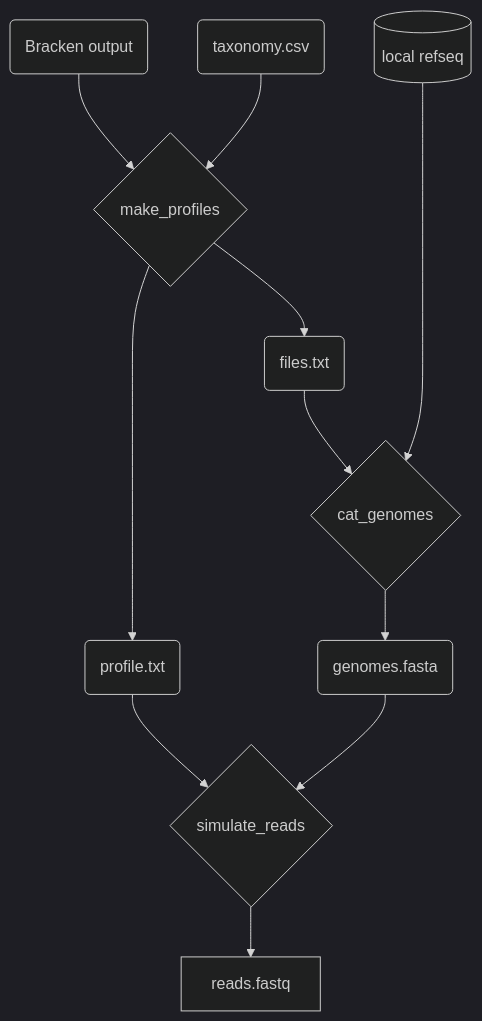
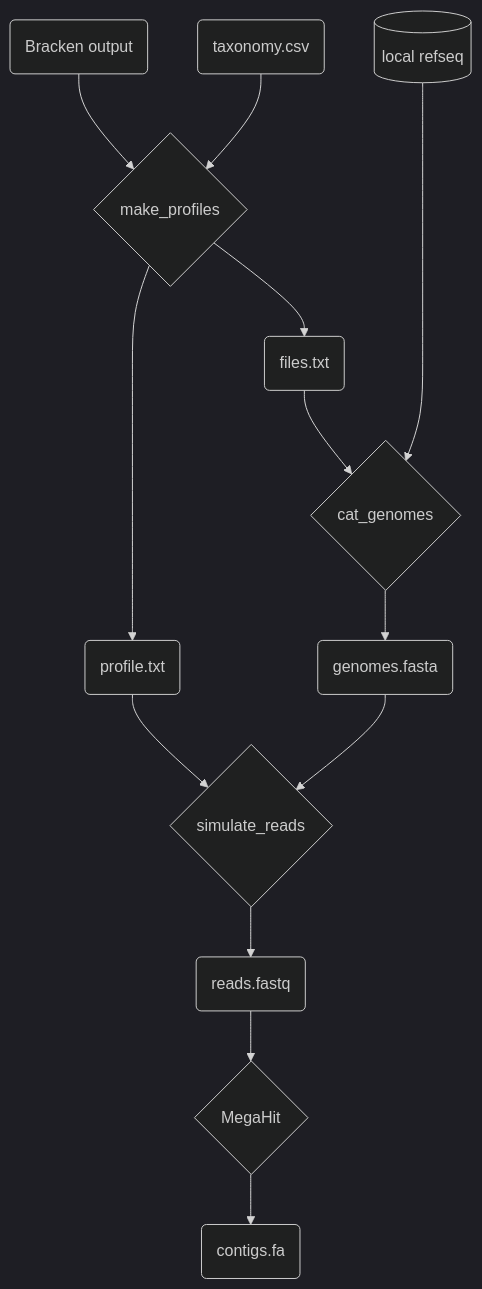
One commit to hurwitzlab/phage_detection_benchmarks changed the diagram in src/simulate_reads/README.md. Above: the diagram before and after it, drawn with Mermaid (dark theme).

Commit message:
add more steps to chart

````diff
--- a/src/simulate_reads/README.md
+++ b/src/simulate_reads/README.md
@@ -11,16 +11,18 @@
 ```mermaid
 graph TD
     input(Bracken output) --> profiler{make_profiles};
     taxa(taxonomy.csv) --> profiler;
     profiler --> profile(profile.txt);
     profiler --> globs(files.txt);
     refseq[(local refseq)];
     cat{cat_genomes};
     globs --> cat;
     refseq ----> cat;
     cat --> genomes(genomes.fasta);
     iss{simulate_reads};
     profile --> iss;
     genomes --> iss;
-    iss --> reads.fastq
+    iss --> reads(reads.fastq);
+    reads --> megahit{MegaHit};
+    megahit --> contigs(contigs.fa)
 ```
````
